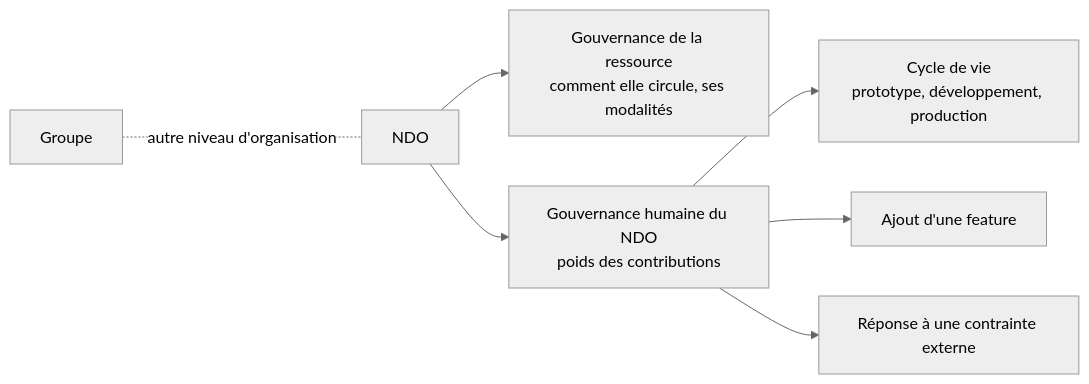
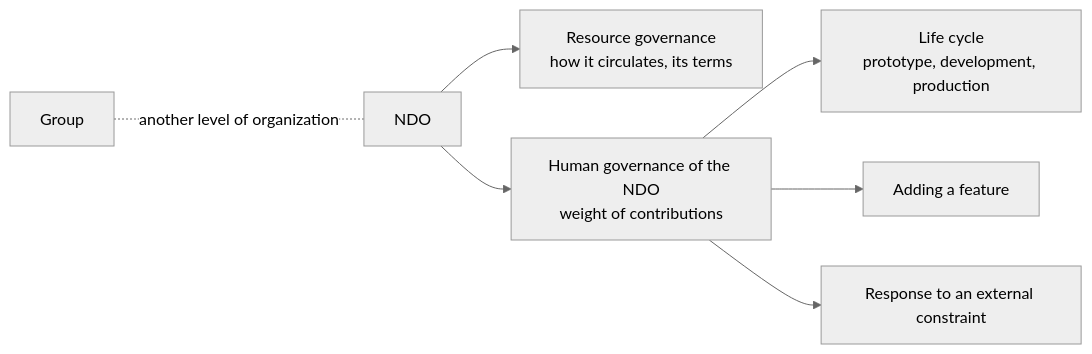
Before and after one commit to Sensorica/nondominium-design-system: the first of 2 diagrams in content/meetings/2026-09-08-dev.md, drawn with Mermaid (neutral theme). The commit also changed other lines of this file and 14 other files, not shown here.

````diff
--- a/content/meetings/2026-09-08-dev.md
+++ b/content/meetings/2026-09-08-dev.md
@@ -36,10 +37,10 @@
 ```mermaid
-%% caption: Deux gouvernances distinctes : celle de la ressource, déjà spécifiée, et la gouvernance humaine du NDO, objet de la séance
+%% caption: Two distinct governances: the resource's, already specified, and the human governance of the NDO, the subject of the session
 flowchart LR
-  NDO["NDO"] --> GR["Gouvernance de la ressource<br/>comment elle circule, ses modalités"]
-  NDO --> GH["Gouvernance humaine du NDO<br/>poids des contributions"]
-  GH --> D1["Cycle de vie<br/>prototype, développement, production"]
-  GH --> D2["Ajout d'une feature"]
-  GH --> D3["Réponse à une contrainte externe"]
-  G["Groupe"] -. "autre niveau d'organisation" .- NDO
+  NDO["NDO"] --> GR["Resource governance<br/>how it circulates, its terms"]
+  NDO --> GH["Human governance of the NDO<br/>weight of contributions"]
+  GH --> D1["Life cycle<br/>prototype, development, production"]
+  GH --> D2["Adding a feature"]
+  GH --> D3["Response to an external constraint"]
+  G["Group"] -. "another level of organization" .- NDO
 ```
````
